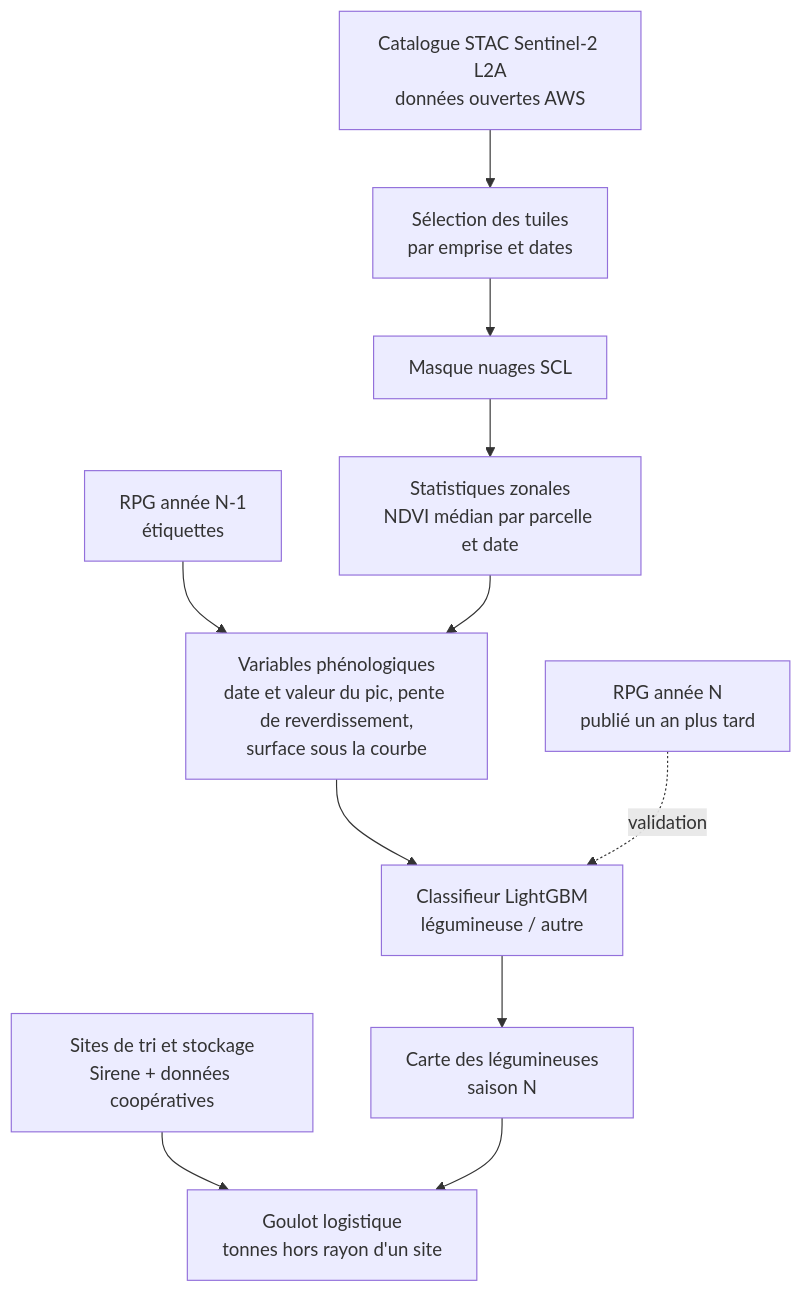
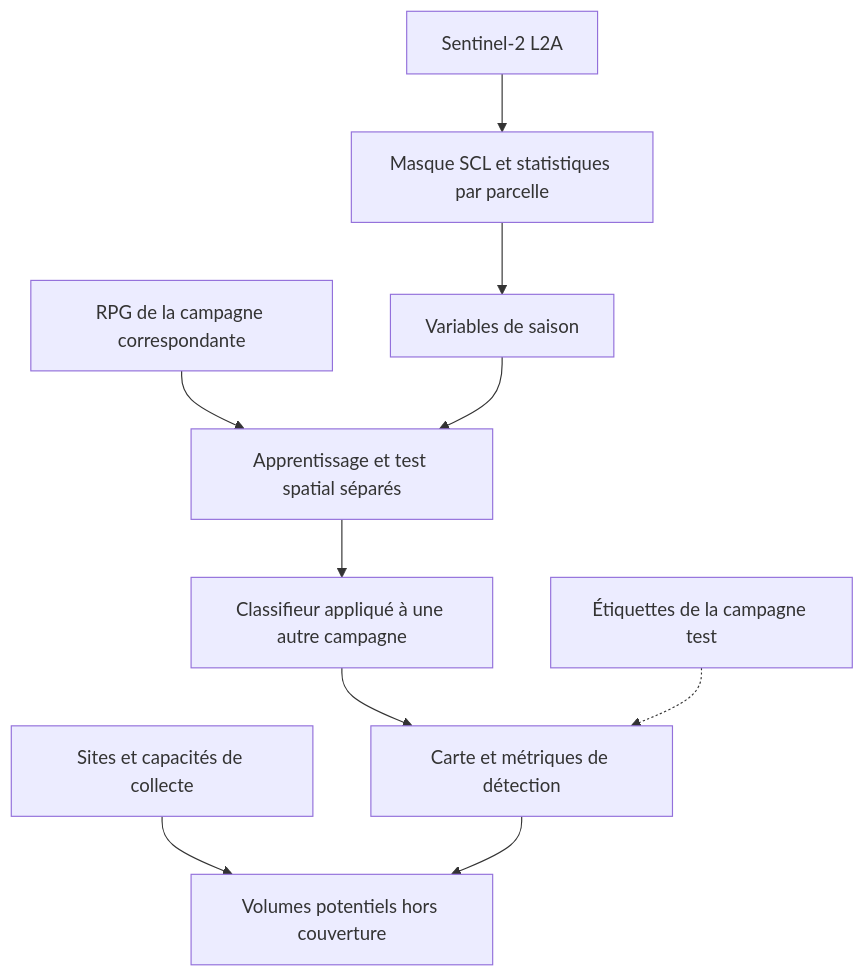
One commit to nassim-arifette/hackthefork-hackathon changed the diagram in docs/ROADMAP.md. Above: the diagram before and after it, drawn with Mermaid. The commit also changed other lines of this file and 1 other file, not shown here.

First line of the commit message:
docs: répondre aux questions de mentor avec des sources et des paris concrets

````diff
--- a/docs/ROADMAP.md
+++ b/docs/ROADMAP.md
@@ -145,13 +170,12 @@
 ```mermaid
 flowchart TB
-  STAC[Catalogue STAC Sentinel-2 L2A<br/>données ouvertes AWS] --> DL[Sélection des tuiles<br/>par emprise et dates]
-  DL --> CM[Masque nuages SCL]
-  CM --> ZS[Statistiques zonales<br/>NDVI médian par parcelle et date]
-  RPG[RPG année N-1<br/>étiquettes] --> FE
-  ZS --> FE[Variables phénologiques<br/>date et valeur du pic, pente de reverdissement,<br/>surface sous la courbe]
-  FE --> CL[Classifieur LightGBM<br/>légumineuse / autre]
-  CL --> MAP[Carte des légumineuses<br/>saison N]
-  SIR[Sites de tri et stockage<br/>Sirene + données coopératives] --> GO
-  MAP --> GO[Goulot logistique<br/>tonnes hors rayon d'un site]
-  RPGN[RPG année N<br/>publié un an plus tard] -.validation.-> CL
+  STAC["Sentinel-2 L2A"] --> CM["Masque SCL et statistiques par parcelle"]
+  CM --> FE["Variables de saison"]
+  RPG["RPG de la campagne correspondante"] --> TRAIN["Apprentissage et test spatial séparés"]
+  FE --> TRAIN
+  TRAIN --> CL["Classifieur appliqué à une autre campagne"]
+  CL --> MAP["Carte et métriques de détection"]
+  RPGN["Étiquettes de la campagne test"] -.-> MAP
+  SIR["Sites et capacités de collecte"] --> GO["Volumes potentiels hors couverture"]
+  MAP --> GO
 ```
````
